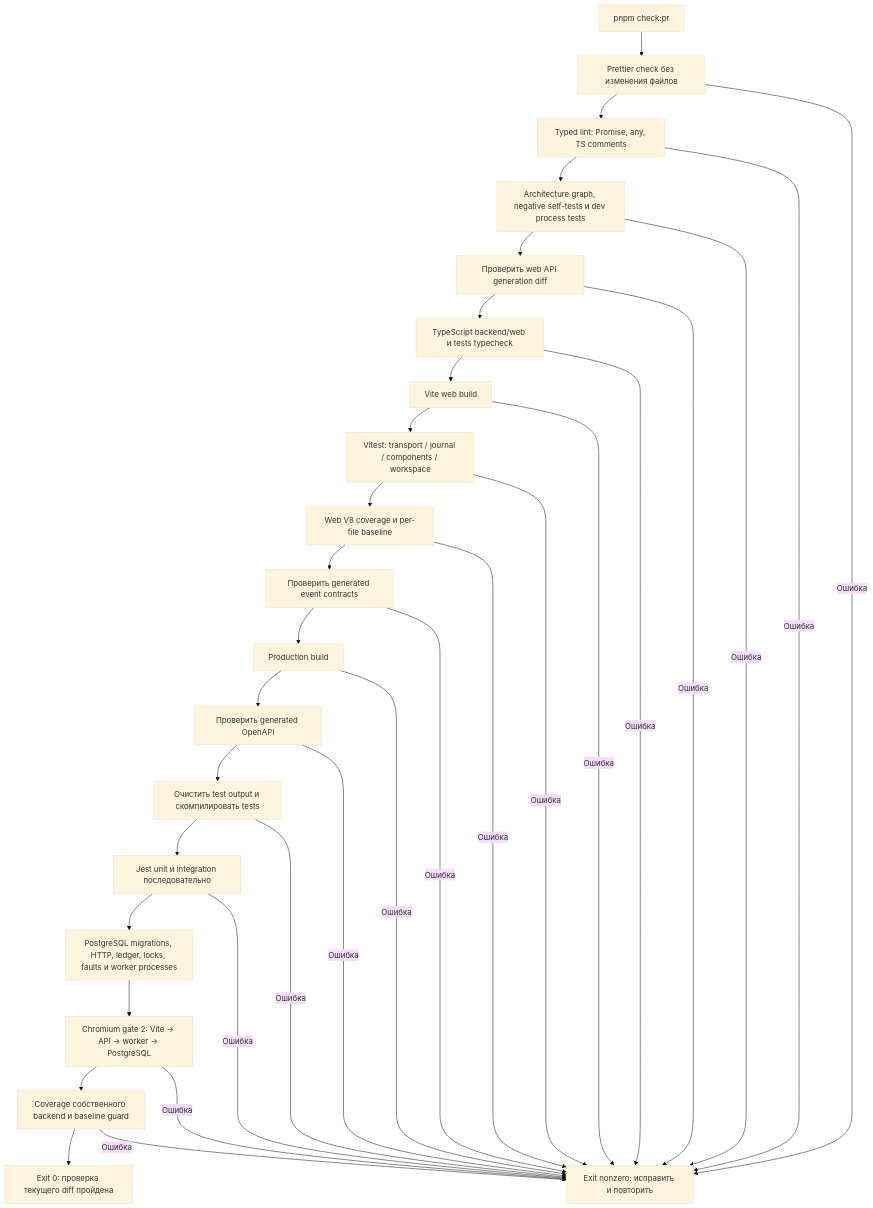
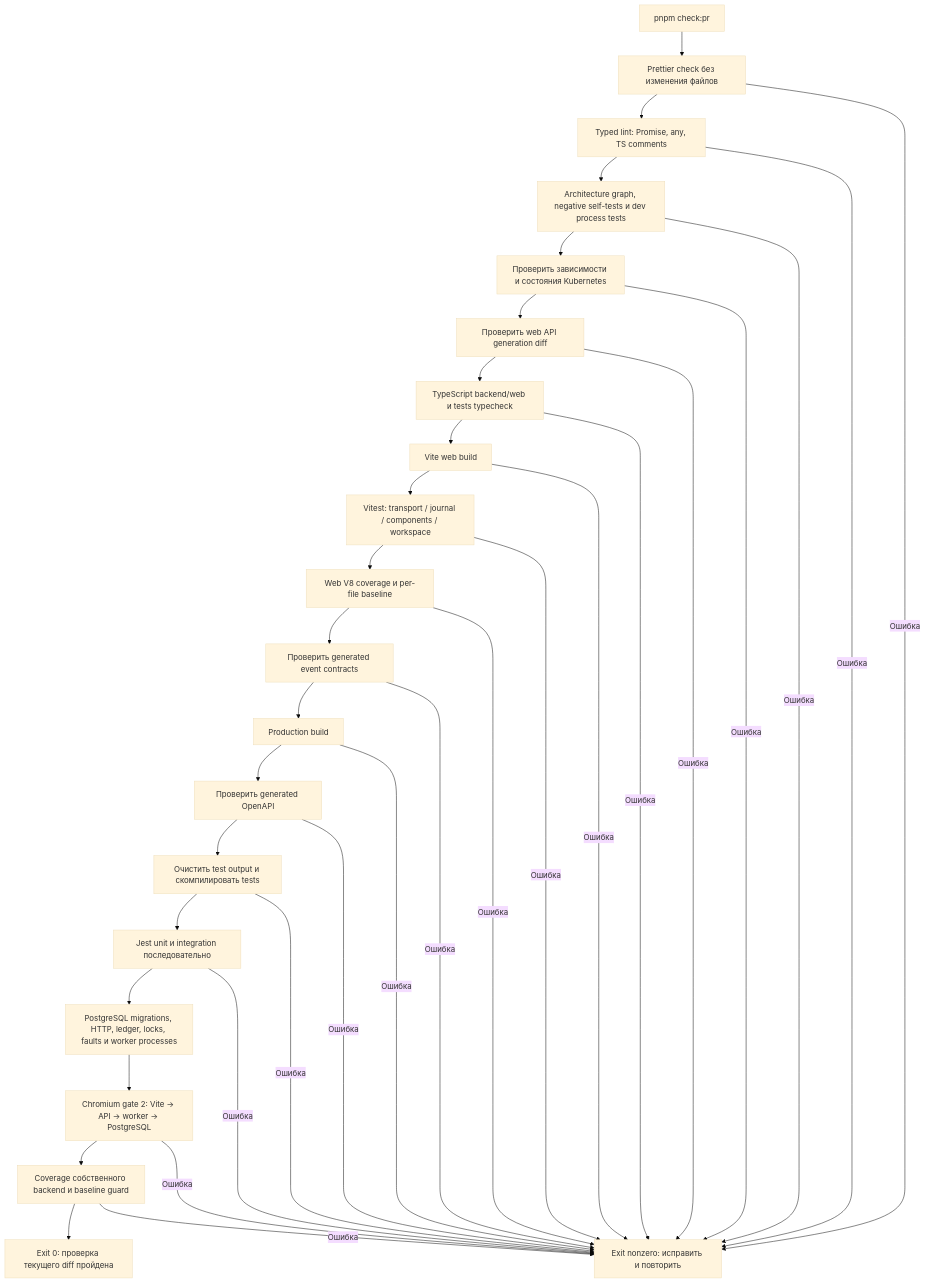
The diagram in docs/pr-checks.md (alekseishmidko/warehouse-control), drawn with Mermaid (base theme) before and after one commit. The commit also changed 73 other files, not shown here.

````diff
--- a/docs/pr-checks.md
+++ b/docs/pr-checks.md
@@ -45,35 +45,37 @@
 ```mermaid
 flowchart TD
   A[pnpm check:pr] --> B[Prettier check без изменения файлов]
   B --> L[Typed lint: Promise, any, TS comments]
   L --> R[Architecture graph, negative self-tests и dev process tests]
-  R --> W[Проверить web API generation diff]
+  R --> DC[Проверить зависимости и состояния Kubernetes]
+  DC --> W[Проверить web API generation diff]
+  DC -->|Ошибка| X
   W --> C[TypeScript backend/web и tests typecheck]
   C --> WB[Vite web build]
   WB --> WT[Vitest: transport / journal / components / workspace]
   WT --> WV[Web V8 coverage и per-file baseline]
   WV --> D[Проверить generated event contracts]
   D --> E[Production build]
   E --> F[Проверить generated OpenAPI]
   F --> G[Очистить test output и скомпилировать tests]
   G --> H[Jest unit и integration последовательно]
   H --> I[PostgreSQL migrations, HTTP, ledger, locks, faults и worker processes]
   I --> BG[Chromium gate 2: Vite → API → worker → PostgreSQL]
   BG --> V[Coverage собственного backend и baseline guard]
   V --> J[Exit 0: проверка текущего diff пройдена]
   L -->|Ошибка| X
   R -->|Ошибка| X
   V -->|Ошибка| X
   B -->|Ошибка| X[Exit nonzero: исправить и повторить]
   C -->|Ошибка| X
   D -->|Ошибка| X
   E -->|Ошибка| X
   F -->|Ошибка| X
   G -->|Ошибка| X
   H -->|Ошибка| X
   W -->|Ошибка| X
   WB -->|Ошибка| X
   WT -->|Ошибка| X
   WV -->|Ошибка| X
   BG -->|Ошибка| X
 ```
````
